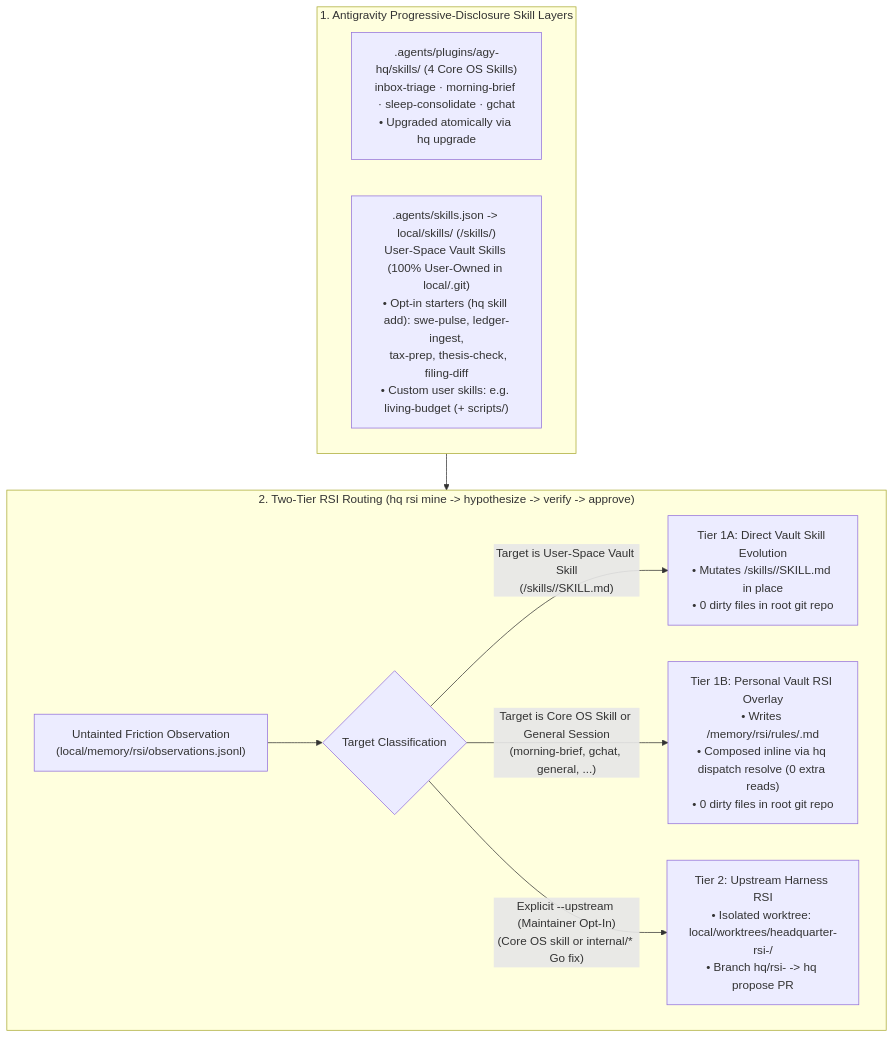
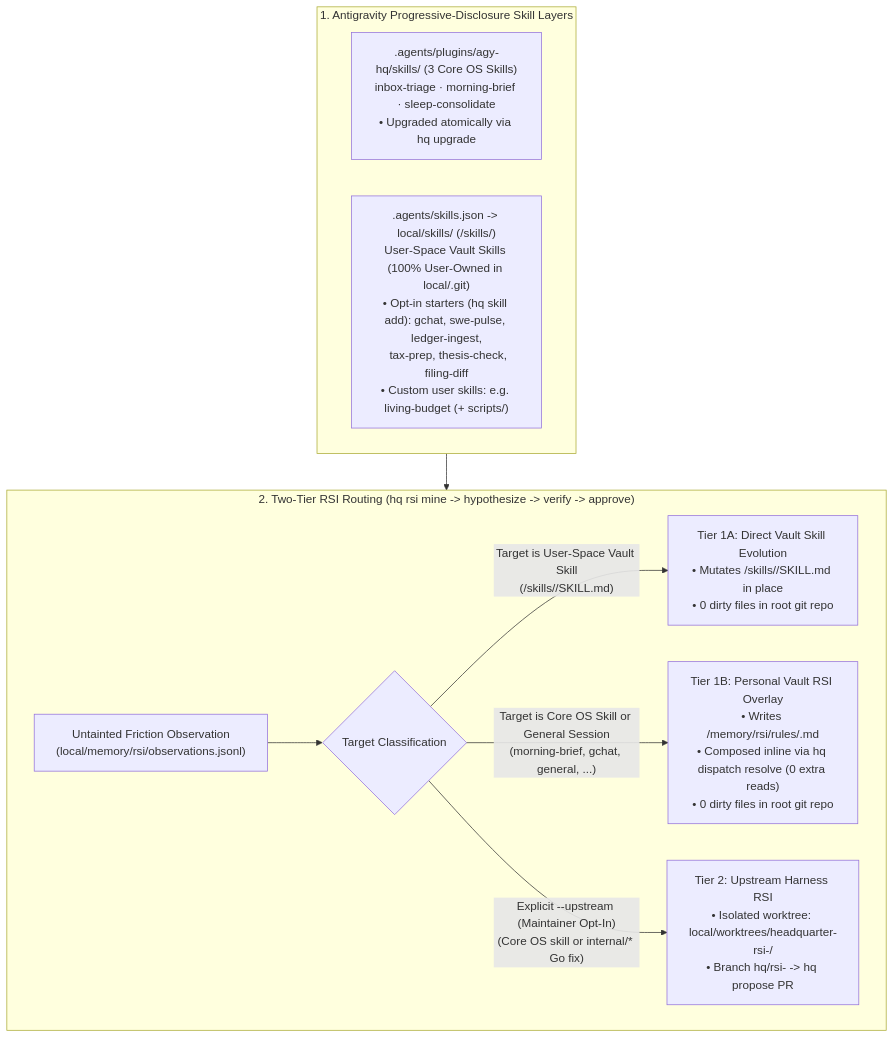
One commit to zjshen14/agy-hq changed the diagram in docs/design/0019-two-tier-rsi-vault-overlay.md. Above: the diagram before and after it, drawn with Mermaid. The commit also changed other lines of this file and 43 other files, not shown here.

Commit message:
feat(rsi,vault): implement Two-Tier RSI & User-Space Vault Skills (RFC-0019)

````diff
--- a/docs/design/0019-two-tier-rsi-vault-overlay.md
+++ b/docs/design/0019-two-tier-rsi-vault-overlay.md
@@ -52,17 +52,17 @@
 ```mermaid
 flowchart TB
     subgraph Discovery["1. Antigravity Progressive-Disclosure Skill Layers"]
-        CORE[".agents/plugins/agy-hq/skills/ (4 Core OS Skills)\ninbox-triage · morning-brief · sleep-consolidate · gchat\n• Upgraded atomically via hq upgrade"]
-        SJSON[".agents/skills.json -> local/skills/ (<vault>/skills/)\nUser-Space Vault Skills (100% User-Owned in local/.git)\n• Opt-in starters (hq skill add): swe-pulse, ledger-ingest,\n  tax-prep, thesis-check, filing-diff\n• Custom user skills: e.g. living-budget (+ scripts/)"]
+        CORE[".agents/plugins/agy-hq/skills/ (3 Core OS Skills)\ninbox-triage · morning-brief · sleep-consolidate\n• Upgraded atomically via hq upgrade"]
+        SJSON[".agents/skills.json -> local/skills/ (<vault>/skills/)\nUser-Space Vault Skills (100% User-Owned in local/.git)\n• Opt-in starters (hq skill add): gchat, swe-pulse, ledger-ingest,\n  tax-prep, thesis-check, filing-diff\n• Custom user skills: e.g. living-budget (+ scripts/)"]
     end
 
     subgraph RSI["2. Two-Tier RSI Routing (hq rsi mine -> hypothesize -> verify -> approve)"]
         OBS["Untainted Friction Observation\n(local/memory/rsi/observations.jsonl)"]
         OBS --> ROUTER{"Target Classification"}
         ROUTER -->|"Target is User-Space Vault Skill\n(<vault>/skills/<slug>/SKILL.md)"| T1A["Tier 1A: Direct Vault Skill Evolution\n• Mutates <vault>/skills/<slug>/SKILL.md in place\n• 0 dirty files in root git repo"]
         ROUTER -->|"Target is Core OS Skill or General Session\n(morning-brief, gchat, general, ...)"| T1B["Tier 1B: Personal Vault RSI Overlay\n• Writes <vault>/memory/rsi/rules/<slug>.md\n• Composed inline via hq dispatch resolve (0 extra reads)\n• 0 dirty files in root git repo"]
         ROUTER -->|"Explicit --upstream (Maintainer Opt-In)\n(Core OS skill or internal/* Go fix)"| T2["Tier 2: Upstream Harness RSI\n• Isolated worktree: local/worktrees/headquarter-rsi-<id>/\n• Branch hq/rsi-<id> -> hq propose PR"]
     end
 
     Discovery --> RSI
 ```
````
